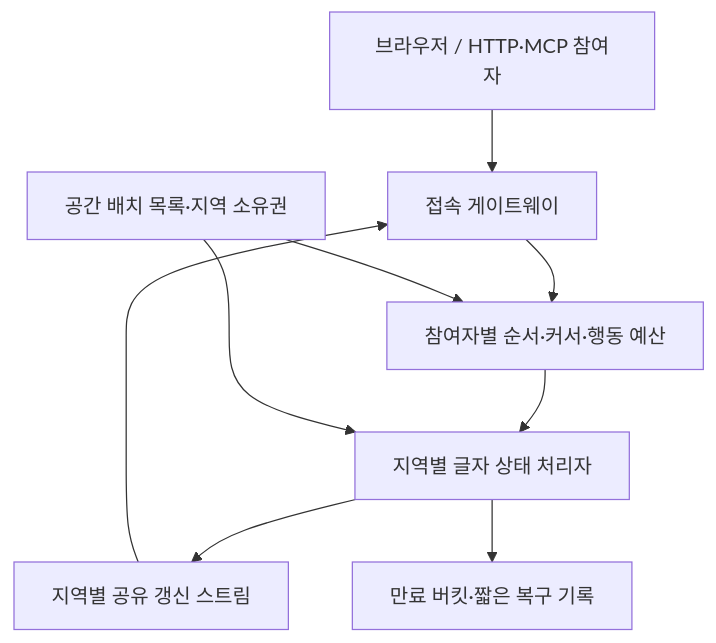
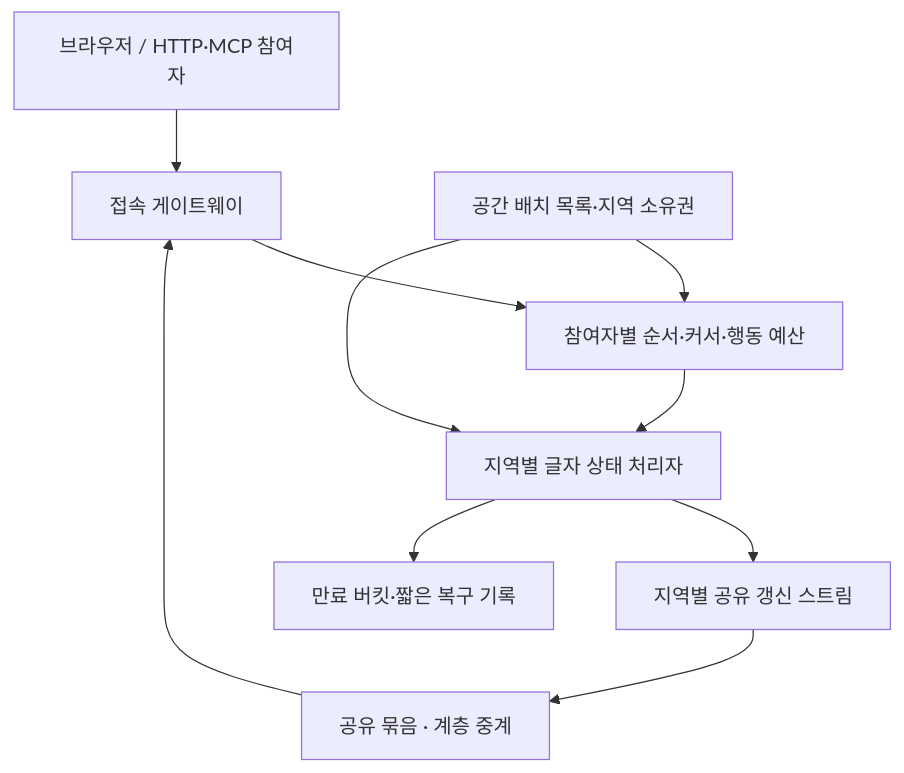
Before and after one commit to neocjmix/textworld: the diagram in docs/DISTRIBUTED_WORLD_DESIGN.md, drawn with Mermaid. The commit also changed other lines of this file and 5 other files, not shown here.

````diff
--- a/docs/DISTRIBUTED_WORLD_DESIGN.md
+++ b/docs/DISTRIBUTED_WORLD_DESIGN.md
@@ -30,11 +30,12 @@
 ```mermaid
 flowchart TB
   C[브라우저 / HTTP·MCP 참여자] --> G[접속 게이트웨이]
   G --> A[참여자별 순서·커서·행동 예산]
   A --> W[지역별 글자 상태 처리자]
   W --> R[지역별 공유 갱신 스트림]
-  R --> G
+  R --> F[공유 묶음 · 계층 중계]
+  F --> G
   D[공간 배치 목록·지역 소유권] --> A
   D --> W
   W --> E[만료 버킷·짧은 복구 기록]
 ```
````
